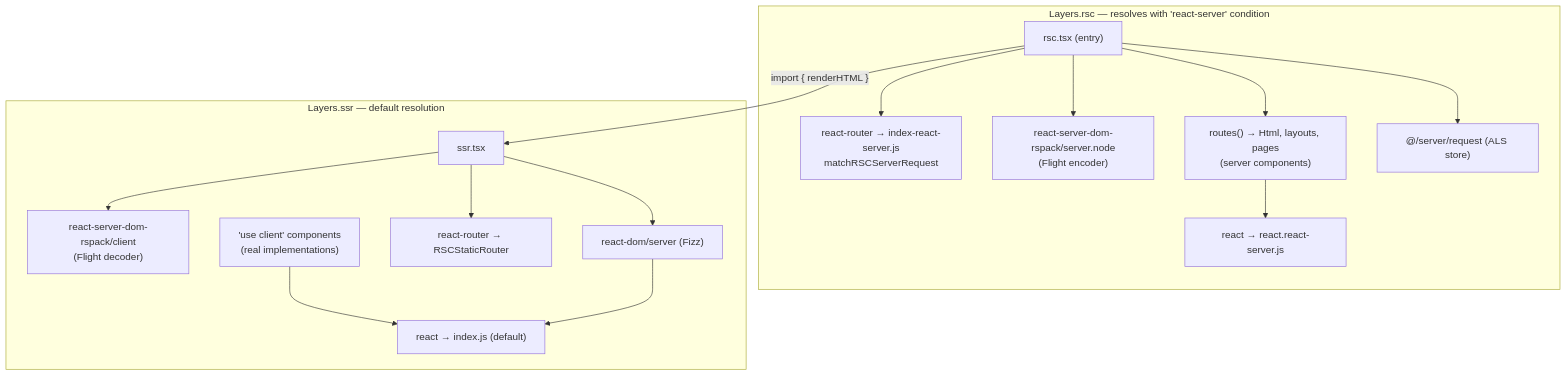
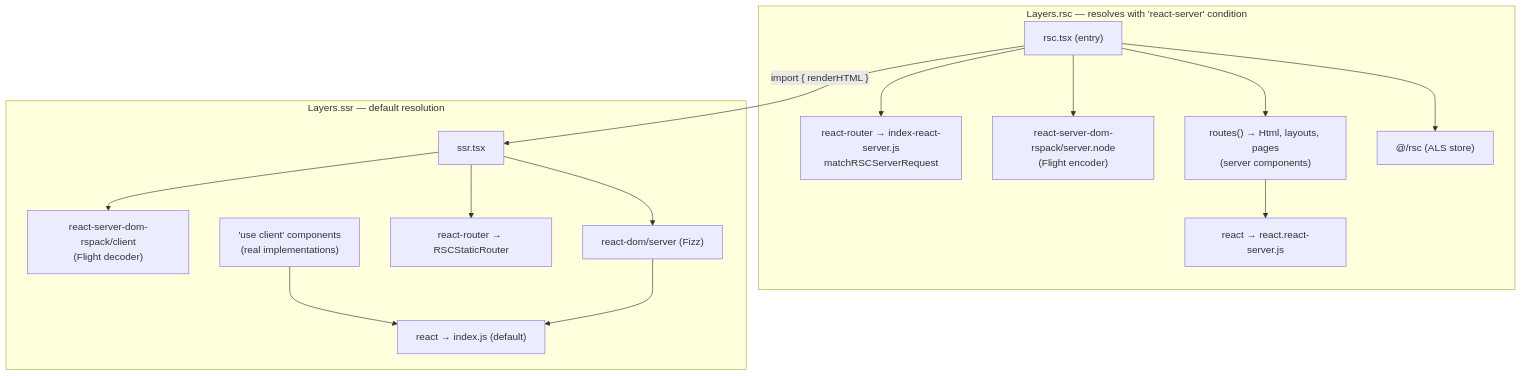
Before and after one commit to denchiklut/ssr-boilerplate: the second of 4 diagrams in docs/rsc.md, drawn with Mermaid. The commit also changed other lines of this file and 9 other files, not shown here.

````diff
--- a/docs/rsc.md
+++ b/docs/rsc.md
@@ -138,18 +138,18 @@
 ```mermaid
 flowchart TD
     subgraph rsc["Layers.rsc — resolves with 'react-server' condition"]
         E["rsc.tsx (entry)"] --> RR["react-router → index-react-server.js<br/>matchRSCServerRequest"]
         E --> FS["react-server-dom-rspack/server.node<br/>(Flight encoder)"]
         E --> RT["routes() → Html, layouts, pages<br/>(server components)"]
-        E --> ALS["@/server/request (ALS store)"]
+        E --> ALS["@/rsc (ALS store)"]
         RT --> R1["react → react.react-server.js"]
     end
     subgraph ssr["Layers.ssr — default resolution"]
         S["ssr.tsx"] --> FD["react-server-dom-rspack/client<br/>(Flight decoder)"]
         S --> FZ["react-dom/server (Fizz)"]
         S --> RS["react-router → RSCStaticRouter"]
         UC["'use client' components<br/>(real implementations)"] --> R2["react → index.js (default)"]
         FZ --> R2
     end
     E -->|"import { renderHTML }"| S
 ```
````
